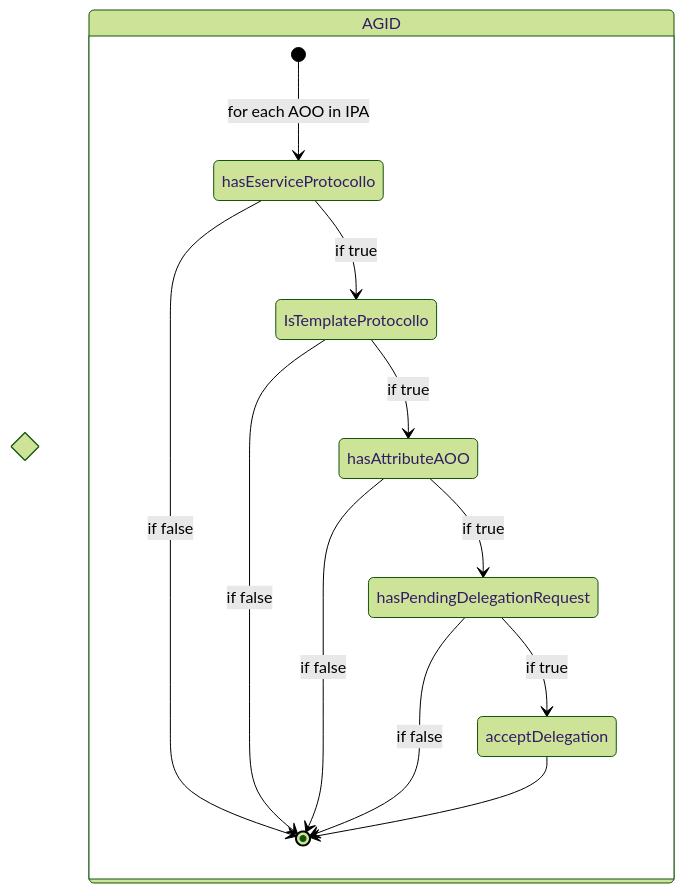
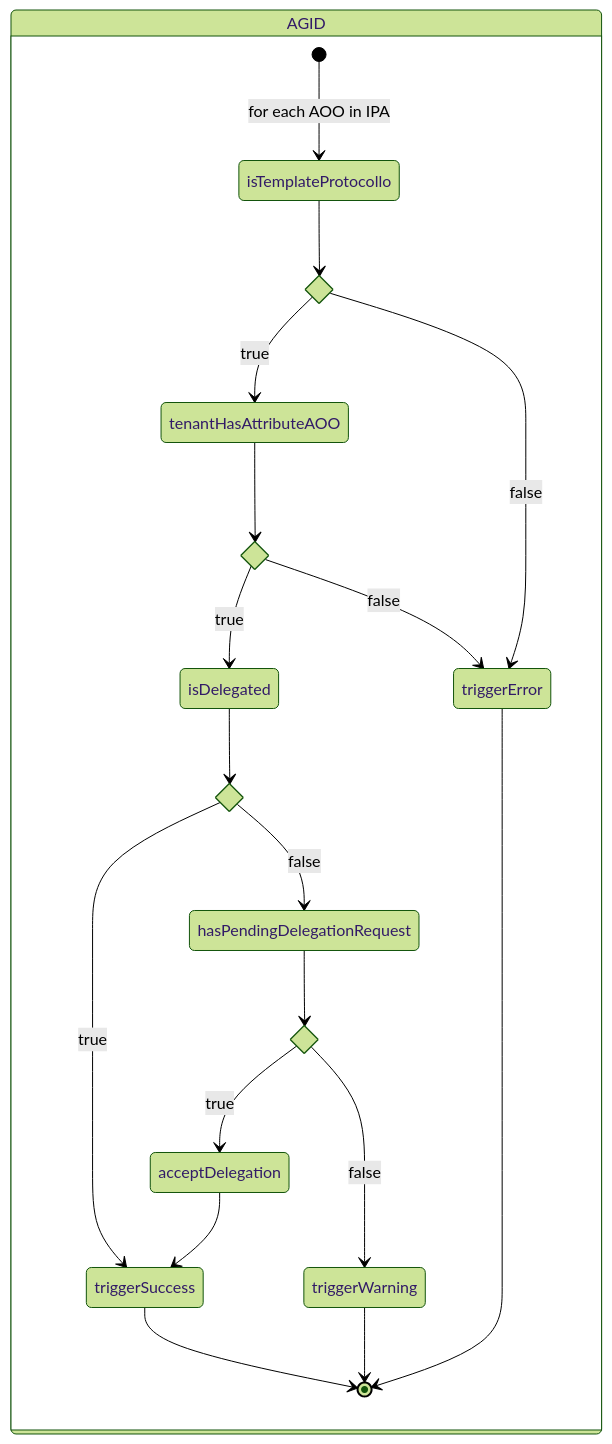
The fourth of 6 diagrams in docs/usecases/protocollo-informatico/Protocollo.md (andreamisuraca/interop-api-v2-design), drawn with Mermaid (forest theme) before and after one commit. The commit also changed other lines of this file, not shown here.

Commit message:
AnMi: updated IPA state diagram

````diff
--- a/docs/usecases/protocollo-informatico/Protocollo.md
+++ b/docs/usecases/protocollo-informatico/Protocollo.md
@@ -206,16 +205,27 @@
 ```mermaid
 stateDiagram-v2
-  state if_state <<choice>>
   state AGID {
-    [*] --> hasEserviceProtocollo : for each AOO in IPA
-    hasEserviceProtocollo --> IsTemplateProtocollo : if true
-    hasEserviceProtocollo --> [*] : if false
-    IsTemplateProtocollo --> hasAttributeAOO: if true
-    IsTemplateProtocollo --> [*]: if false
-    hasAttributeAOO --> hasPendingDelegationRequest : if true
-    hasAttributeAOO --> [*] : if false
-    hasPendingDelegationRequest --> acceptDelegation : if true
-    hasPendingDelegationRequest --> [*] : if false
-    acceptDelegation --> [*]
+    state if0 <<choice>>
+    state if1 <<choice>>
+    state if2 <<choice>>
+    state if3 <<choice>>
+  
+    [*] --> isTemplateProtocollo : for each AOO in IPA
+    isTemplateProtocollo --> if0
+    if0 --> tenantHasAttributeAOO : true
+    if0 --> triggerError : false
+    tenantHasAttributeAOO --> if1
+    if1 --> isDelegated : true
+    if1 --> triggerError : false
+    isDelegated --> if2
+    if2 --> triggerSuccess : true
+    if2 --> hasPendingDelegationRequest : false
+    hasPendingDelegationRequest --> if3
+    if3 --> acceptDelegation : true
+    if3 --> triggerWarning : false
+    acceptDelegation --> triggerSuccess
+    triggerError --> [*]
+    triggerWarning --> [*]
+    triggerSuccess --> [*]
   }
 ```
````
